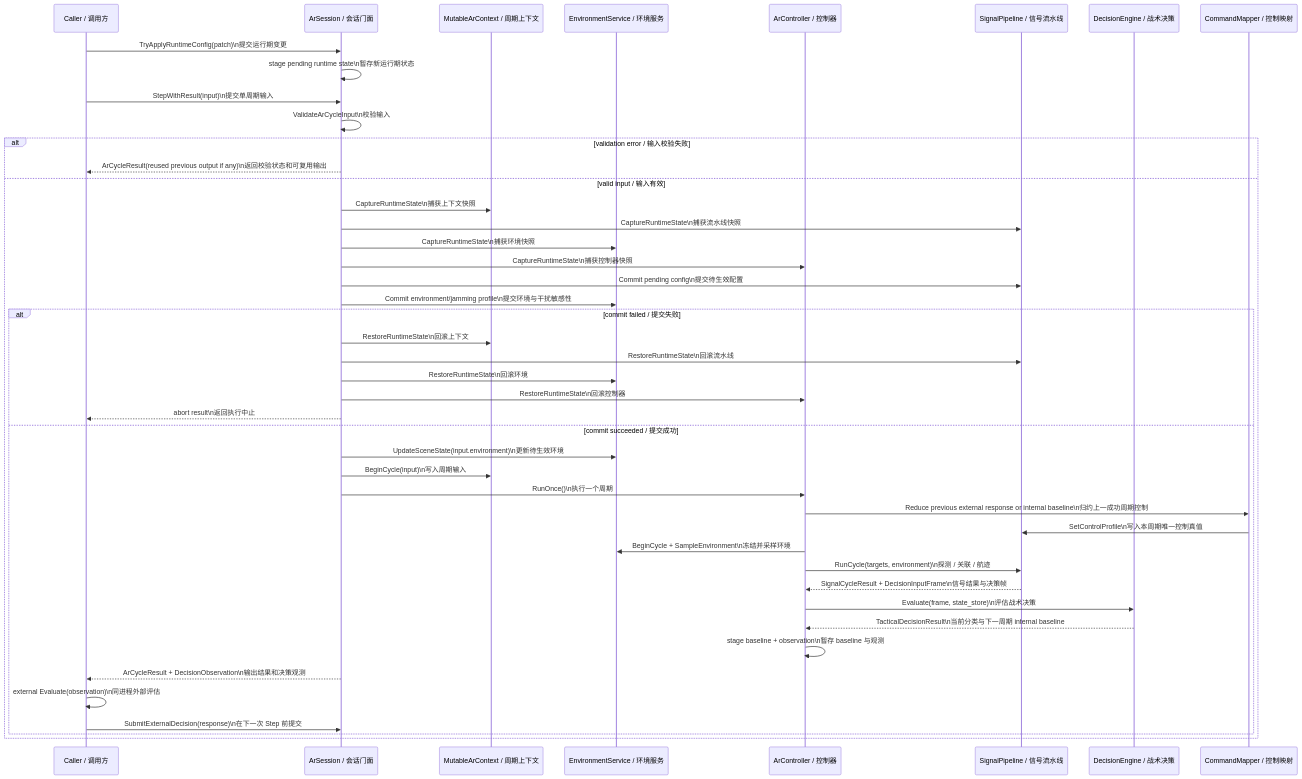
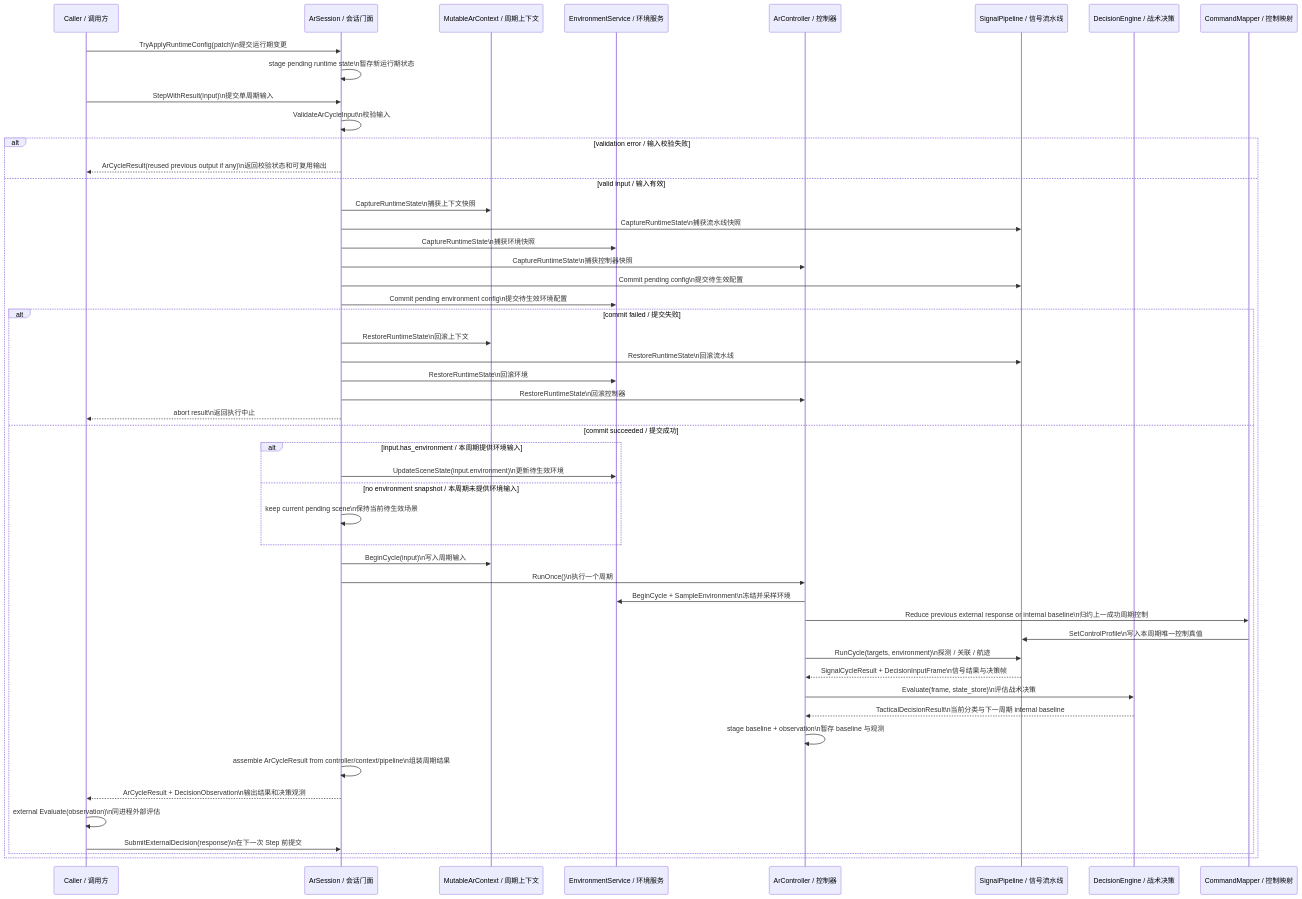
Before and after one commit to boilwater-3/1q: the second of 4 diagrams in docs/airborne_radar/design.md, drawn with Mermaid. The commit also changed other lines of this file and 32 other files, not shown here.

````diff
--- a/docs/airborne_radar/design.md
+++ b/docs/airborne_radar/design.md
@@ -150,49 +153,54 @@
 ```mermaid
 sequenceDiagram
   participant Caller as Caller / 调用方
   participant Session as ArSession / 会话门面
   participant Context as MutableArContext / 周期上下文
   participant Env as EnvironmentService / 环境服务
   participant Controller as ArController / 控制器
   participant Pipe as SignalPipeline / 信号流水线
   participant Decision as DecisionEngine / 战术决策
   participant Mapper as CommandMapper / 控制映射
 
   Caller->>Session: TryApplyRuntimeConfig(patch)\n提交运行期变更
   Session->>Session: stage pending runtime state\n暂存新运行期状态
 
   Caller->>Session: StepWithResult(input)\n提交单周期输入
   Session->>Session: ValidateArCycleInput\n校验输入
   alt validation error / 输入校验失败
     Session-->>Caller: ArCycleResult(reused previous output if any)\n返回校验状态和可复用输出
   else valid input / 输入有效
     Session->>Context: CaptureRuntimeState\n捕获上下文快照
     Session->>Pipe: CaptureRuntimeState\n捕获流水线快照
     Session->>Env: CaptureRuntimeState\n捕获环境快照
     Session->>Controller: CaptureRuntimeState\n捕获控制器快照
     Session->>Pipe: Commit pending config\n提交待生效配置
-    Session->>Env: Commit environment/jamming profile\n提交环境与干扰敏感性
+    Session->>Env: Commit pending environment config\n提交待生效环境配置
     alt commit failed / 提交失败
       Session->>Context: RestoreRuntimeState\n回滚上下文
       Session->>Pipe: RestoreRuntimeState\n回滚流水线
       Session->>Env: RestoreRuntimeState\n回滚环境
       Session->>Controller: RestoreRuntimeState\n回滚控制器
       Session-->>Caller: abort result\n返回执行中止
     else commit succeeded / 提交成功
-      Session->>Env: UpdateSceneState(input.environment)\n更新待生效环境
+      alt input.has_environment / 本周期提供环境输入
+        Session->>Env: UpdateSceneState(input.environment)\n更新待生效环境
+      else no environment snapshot / 本周期未提供环境输入
+        Session->>Session: keep current pending scene\n保持当前待生效场景
+      end
       Session->>Context: BeginCycle(input)\n写入周期输入
       Session->>Controller: RunOnce()\n执行一个周期
+      Controller->>Env: BeginCycle + SampleEnvironment\n冻结并采样环境
       Controller->>Mapper: Reduce previous external response or internal baseline\n归约上一成功周期控制
       Mapper->>Pipe: SetControlProfile\n写入本周期唯一控制真值
-      Controller->>Env: BeginCycle + SampleEnvironment\n冻结并采样环境
       Controller->>Pipe: RunCycle(targets, environment)\n探测 / 关联 / 航迹
       Pipe-->>Controller: SignalCycleResult + DecisionInputFrame\n信号结果与决策帧
       Controller->>Decision: Evaluate(frame, state_store)\n评估战术决策
       Decision-->>Controller: TacticalDecisionResult\n当前分类与下一周期 internal baseline
       Controller->>Controller: stage baseline + observation\n暂存 baseline 与观测
+      Session->>Session: assemble ArCycleResult from controller/context/pipeline\n组装周期结果
       Session-->>Caller: ArCycleResult + DecisionObservation\n输出结果和决策观测
       Caller->>Caller: external Evaluate(observation)\n同进程外部评估
       Caller->>Session: SubmitExternalDecision(response)\n在下一次 Step 前提交
     end
   end
 ```
````
